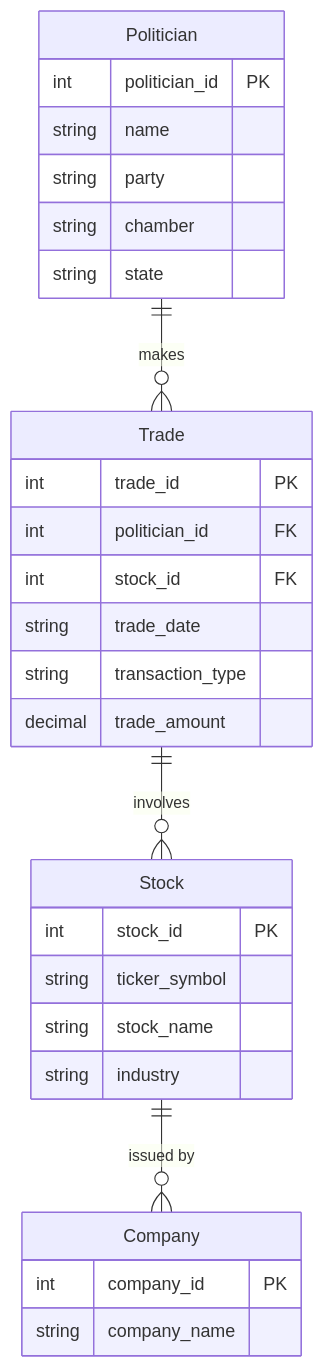
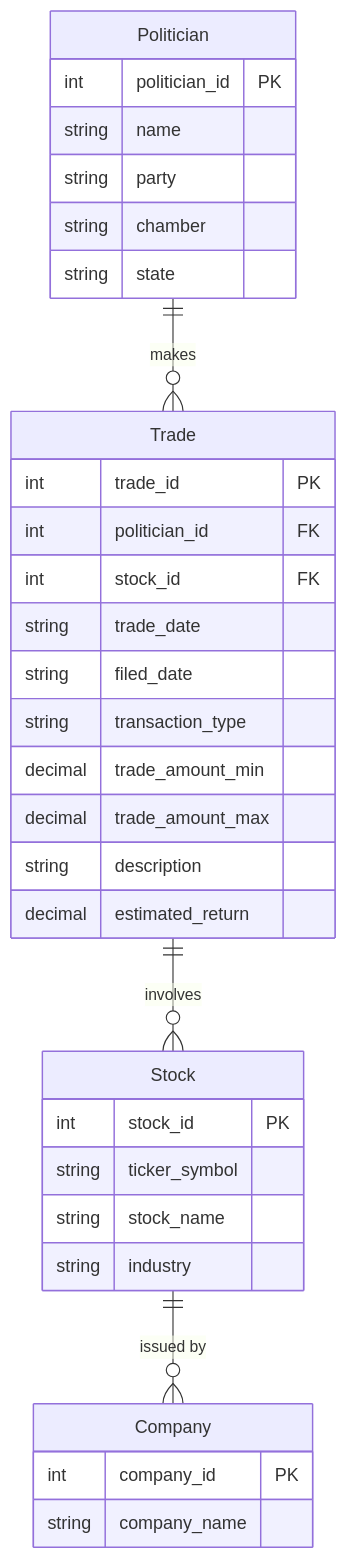
One commit to plaartz/capitol-gains changed the second of 5 diagrams in README.md. Above: the diagram before and after it, drawn with Mermaid. The commit also changed other lines of this file, not shown here.

Commit message:
Again, checking diagram formatting

````diff
--- a/README.md
+++ b/README.md
@@ -42,35 +42,39 @@
 ```mermaid
 erDiagram
     Politician ||--o{ Trade : "makes"
     Trade ||--o{ Stock : "involves"
     Stock ||--o{ Company : "issued by"
 
     Politician {
         int politician_id PK
         string name
         string party
         string chamber
         string state
     }
 
     Trade {
         int trade_id PK
         int politician_id FK
         int stock_id FK
         string trade_date
+        string filed_date
         string transaction_type
-        decimal trade_amount
+        decimal trade_amount_min
+        decimal trade_amount_max
+        string description
+        decimal estimated_return
     }
 
     Stock {
         int stock_id PK
         string ticker_symbol
         string stock_name
         string industry
     }
 
     Company {
         int company_id PK
         string company_name
     }
 ```
````
